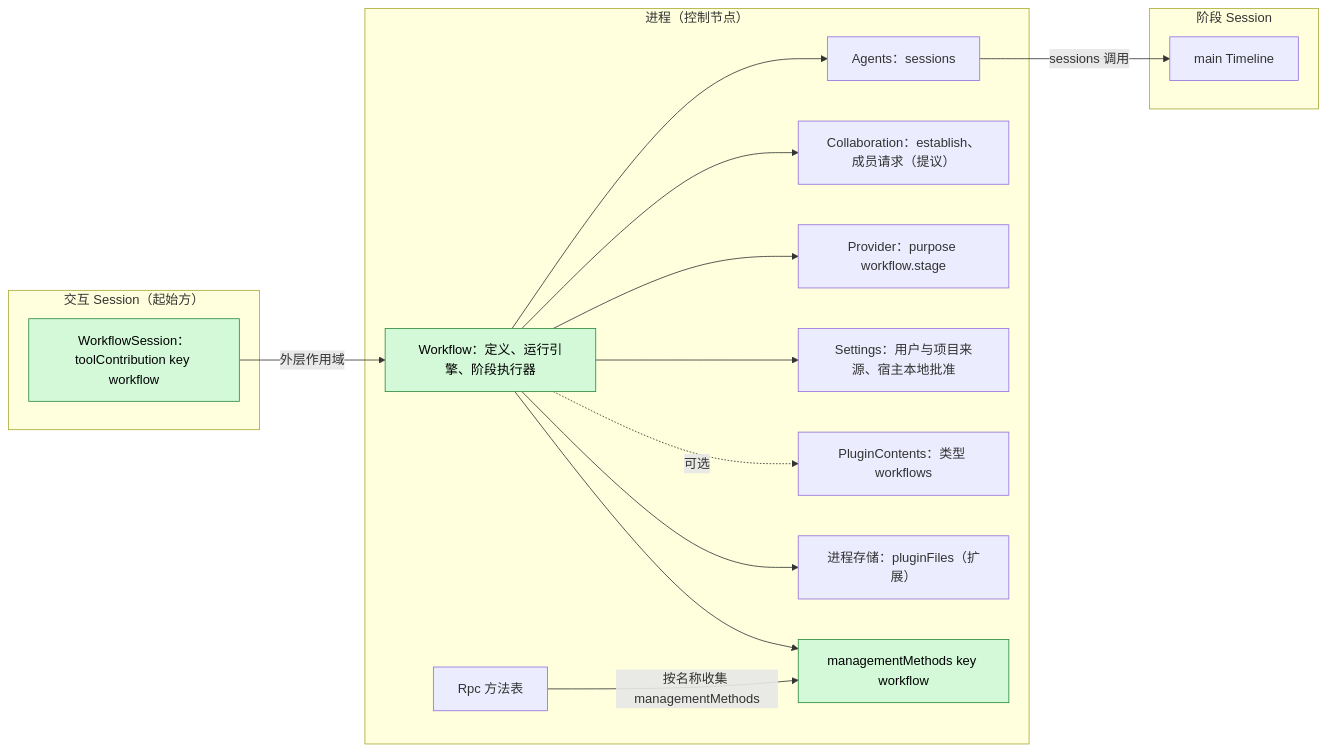
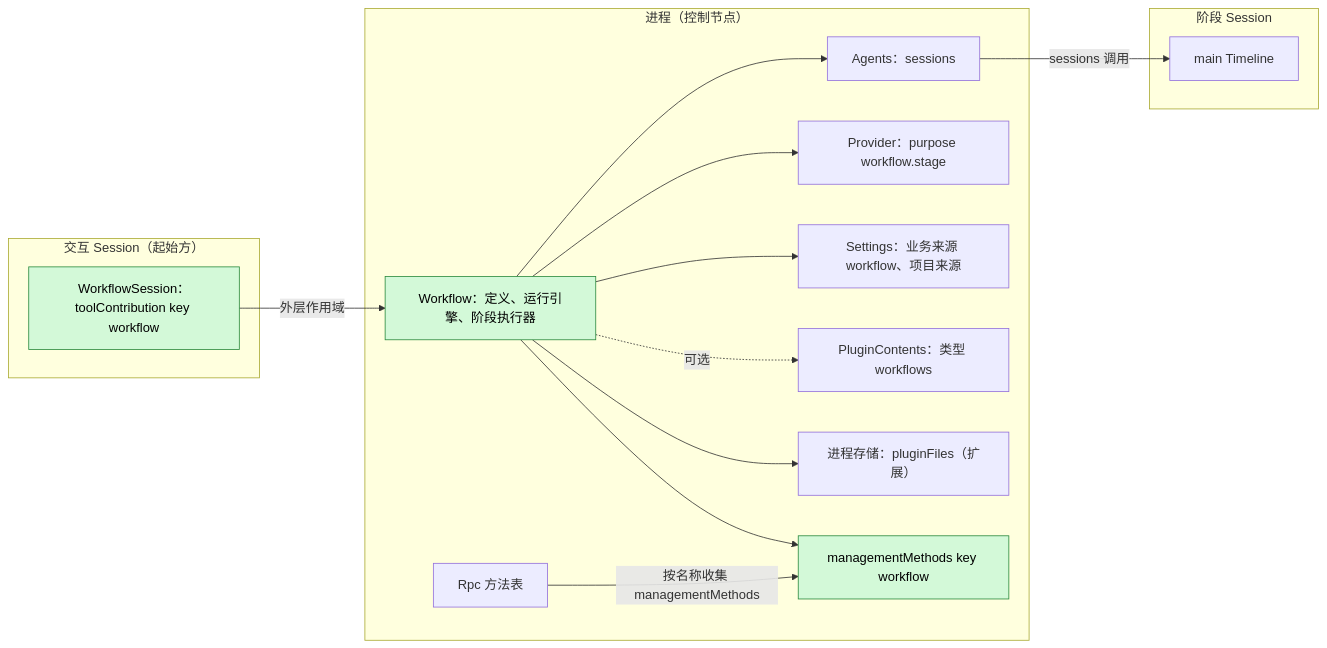
One commit to CoutinhoTTS/dim-agent changed the first of 6 diagrams in docs/zh/design/plugins/Workflow.md. Above: the diagram before and after it, drawn with Mermaid. The commit also changed other lines of this file and 40 other files, not shown here.

````diff
--- a/docs/zh/design/plugins/Workflow.md
+++ b/docs/zh/design/plugins/Workflow.md
@@ -9,32 +9,30 @@
 ```mermaid
 flowchart LR
   subgraph PROC["进程（控制节点）"]
     WF["Workflow：定义、运行引擎、阶段执行器"]
     MM["managementMethods key workflow"]
     Agents["Agents：sessions"]
-    Coll["Collaboration：establish、成员请求（提议）"]
     Prov["Provider：purpose workflow.stage"]
-    Set["Settings：用户与项目来源、宿主本地批准"]
+    Set["Settings：业务来源 workflow、项目来源"]
     PC["PluginContents：类型 workflows"]
     Store["进程存储：pluginFiles（扩展）"]
     Rpc["Rpc 方法表"]
   end
   subgraph SESS["交互 Session（起始方）"]
     Tool["WorkflowSession：toolContribution key workflow"]
   end
   subgraph STG["阶段 Session"]
     TL["main Timeline"]
   end
   Tool -->|"外层作用域"| WF
   WF --> Agents
-  WF --> Coll
   WF --> Prov
   WF --> Set
   WF -.->|"可选"| PC
   WF --> Store
   WF --> MM
   Rpc -->|"按名称收集 managementMethods"| MM
   Agents -->|"sessions 调用"| TL
   classDef new fill:#d3f9d8,stroke:#2b8a3e,color:#000
   class WF,MM,Tool new
 ```
````
